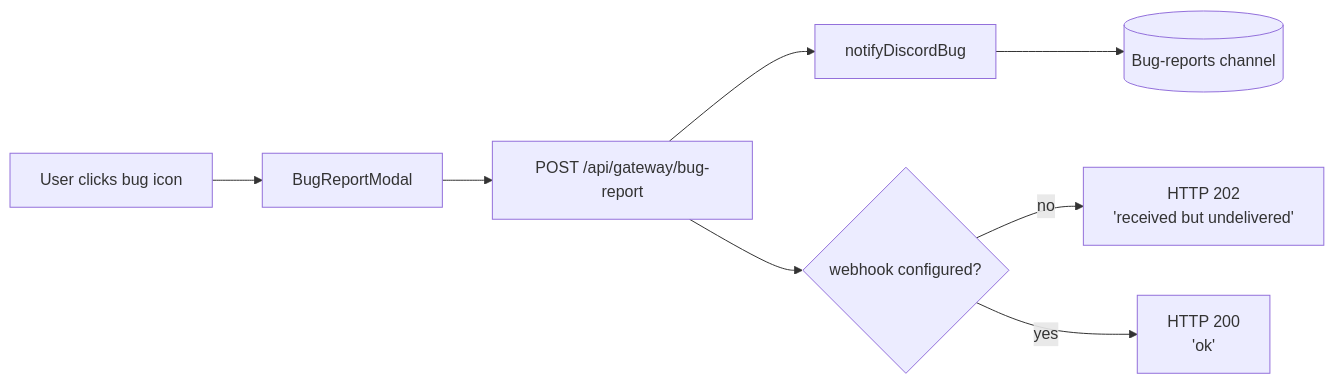
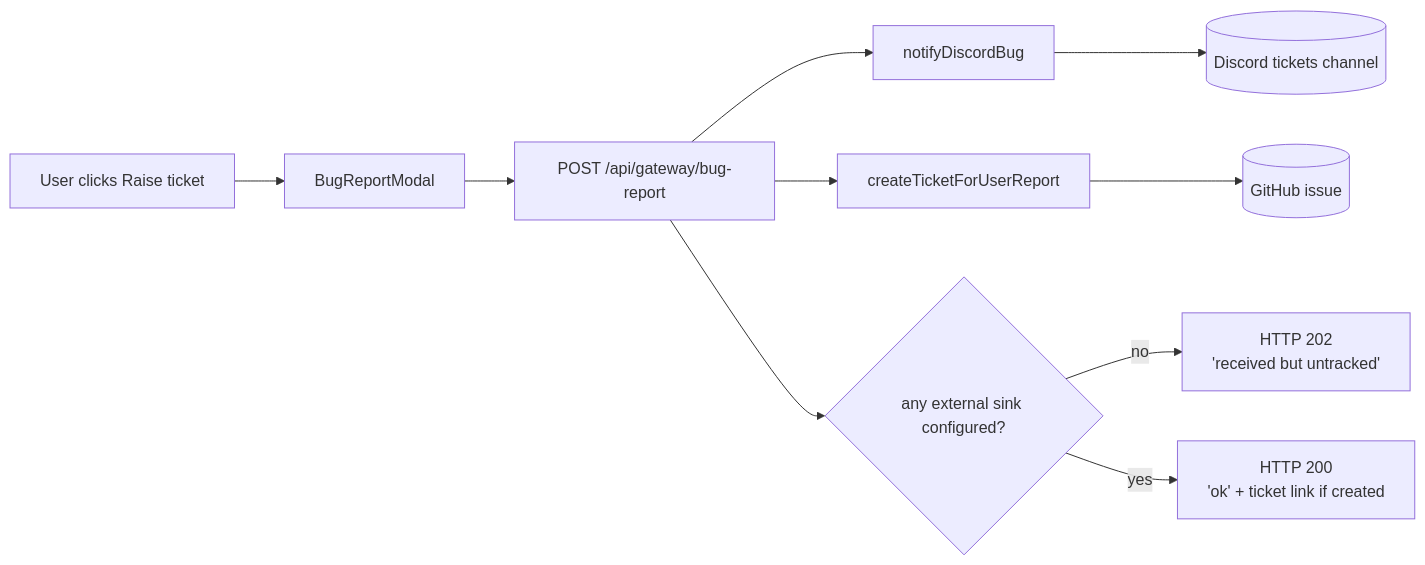
The diagram in docs/site/src/content/docs/platform/observability/bug-reports.mdx (milesburton/veta-trading-platform), drawn with Mermaid before and after one commit. The commit also changed other lines of this file and 25 other files, not shown here.

First line of the commit message:
feat(ticketing): create GitHub issues for user tickets (#483)

````diff
--- a/docs/site/src/content/docs/platform/observability/bug-reports.mdx
+++ b/docs/site/src/content/docs/platform/observability/bug-reports.mdx
@@ -12,10 +12,12 @@
 ```mermaid
 flowchart LR
-  U[User clicks bug icon] --> M[BugReportModal]
+  U[User clicks Raise ticket] --> M[BugReportModal]
   M --> G[POST /api/gateway/bug-report]
   G --> N[notifyDiscordBug]
-  N --> D[(Bug-reports channel)]
-  G --> R{webhook configured?}
-  R -- no --> H[HTTP 202<br/>'received but undelivered']
-  R -- yes --> O[HTTP 200<br/>'ok']
+  G --> T[createTicketForUserReport]
+  N --> D[(Discord tickets channel)]
+  T --> GH[(GitHub issue)]
+  G --> R{any external sink configured?}
+  R -- no --> H[HTTP 202<br/>'received but untracked']
+  R -- yes --> O[HTTP 200<br/>'ok' + ticket link if created]
 ```
````
